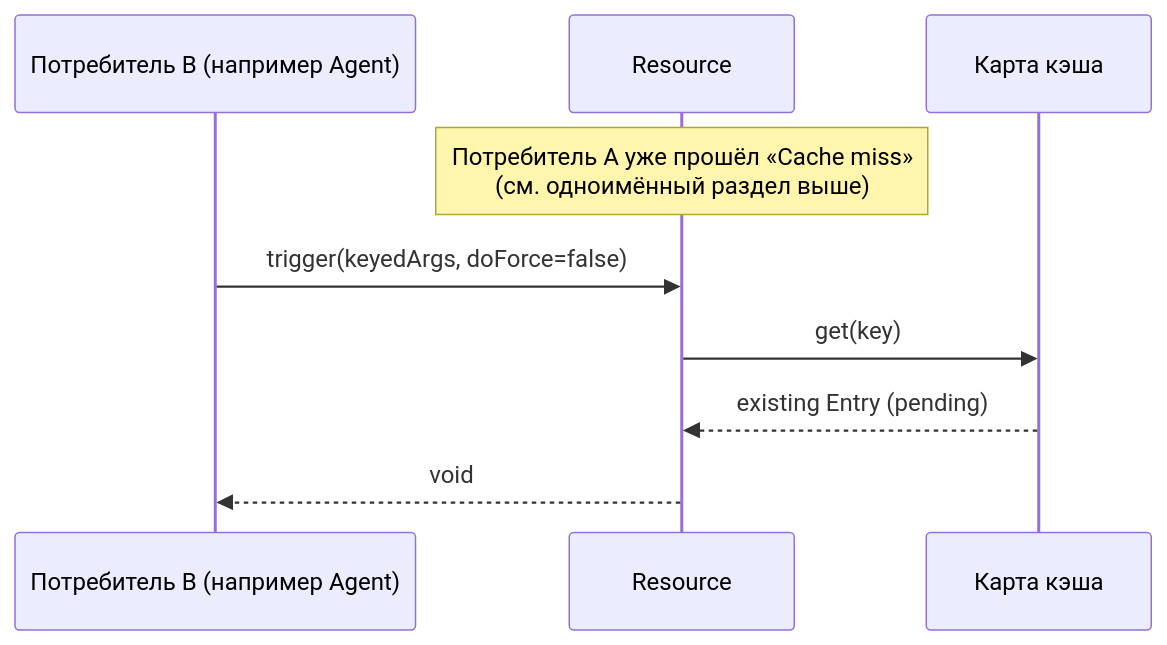
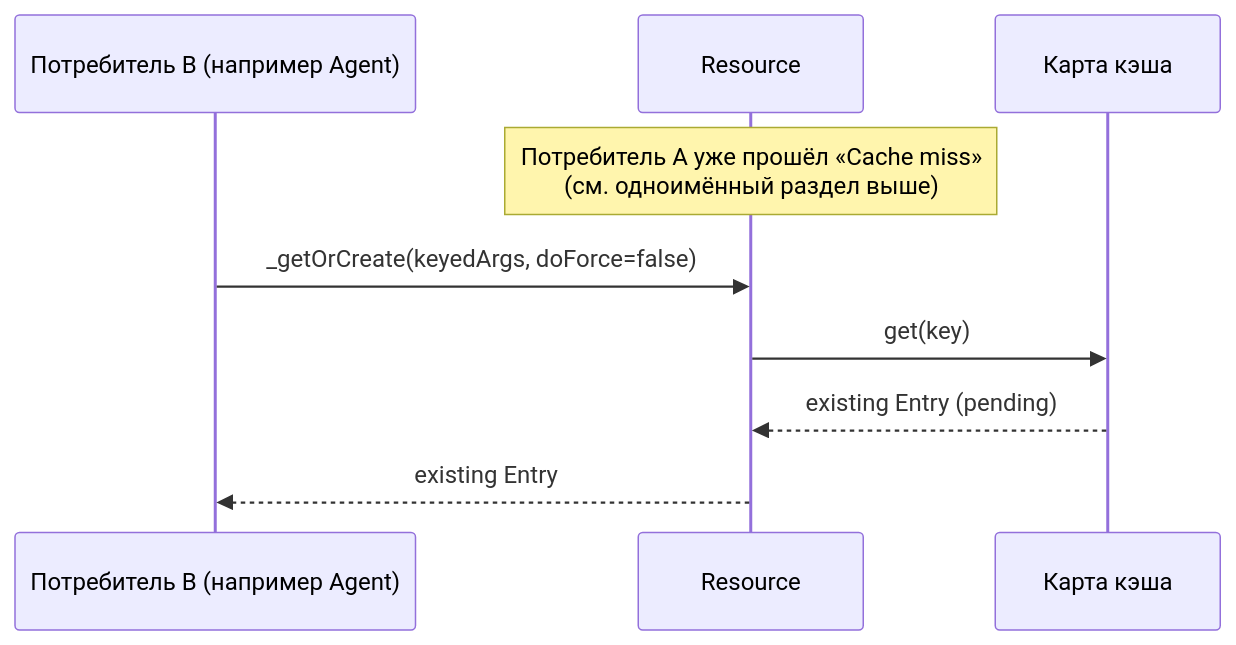
The sixth of 10 diagrams in docs/query/concepts/dataflows.md (fozy-labs/rx-toolkit), drawn with Mermaid before and after one commit. The commit also changed other lines of this file and 35 other files, not shown here.

````diff
--- a/docs/query/concepts/dataflows.md
+++ b/docs/query/concepts/dataflows.md
@@ -238,13 +237,13 @@
 ```mermaid
 sequenceDiagram
     participant Agent as Потребитель B (например Agent)
     participant Res as Resource
     participant Cache as Карта кэша
 
     Note over Res: Потребитель A уже прошёл «Cache miss»<br/>(см. одноимённый раздел выше)
 
-    Agent->>Res: trigger(keyedArgs, doForce=false)
+    Agent->>Res: _getOrCreate(keyedArgs, doForce=false)
     Res->>Cache: get(key)
     Cache-->>Res: existing Entry (pending)
-    Res-->>Agent: void
+    Res-->>Agent: existing Entry
 ```
````
